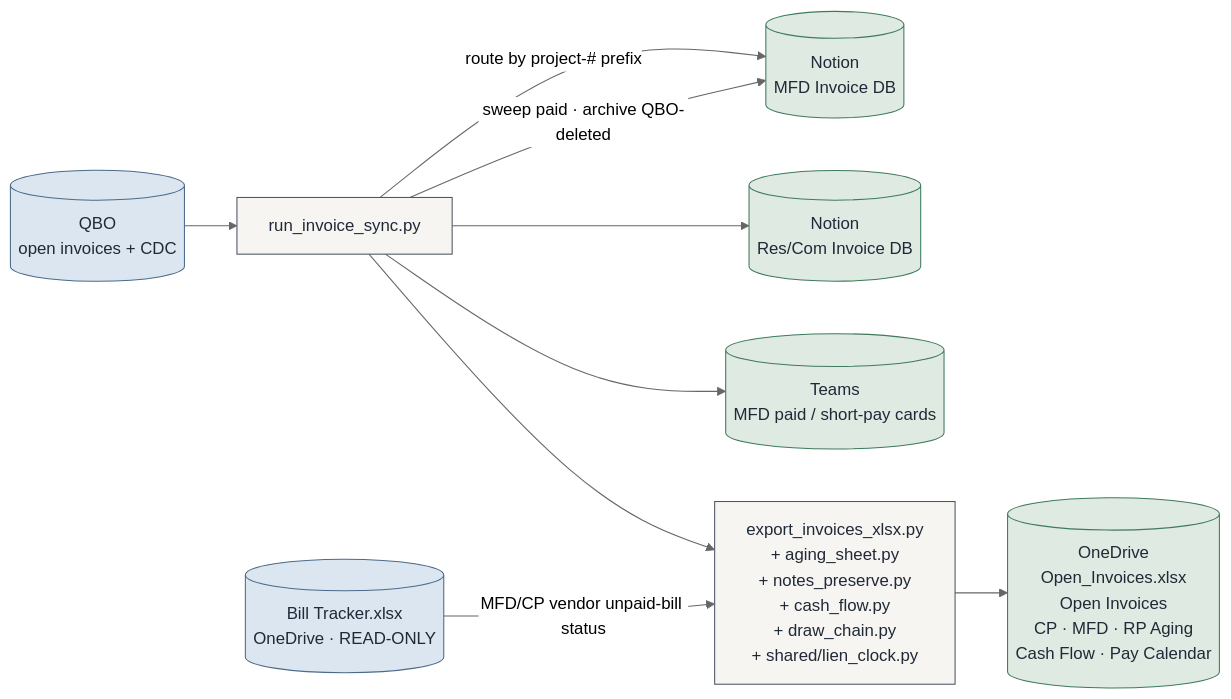
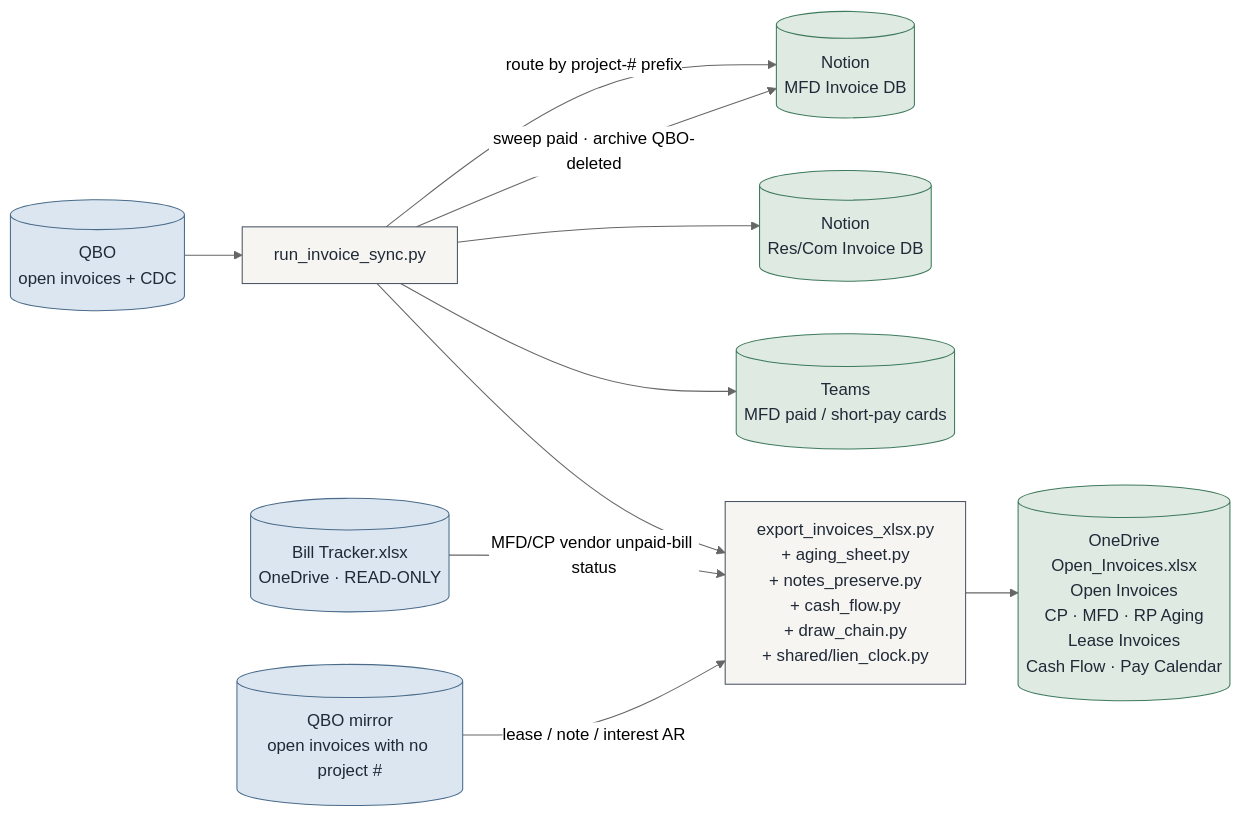
One commit to Ecarlo-Proficient/Claude-Report changed the second of 8 diagrams in docs/ARCHITECTURE.md. Above: the diagram before and after it, drawn with Mermaid (neutral theme). The commit also changed other lines of this file and 7 other files, not shown here.

Commit message:
invoice-sync: aging tabs show one Aging column, client -> invoices (JPI on MFD keeps project rows), lien columns last; new Lease Invoices tab from the QBO mirror; first sheet pinned by a test

````diff
--- a/docs/ARCHITECTURE.md
+++ b/docs/ARCHITECTURE.md
@@ -138,23 +138,25 @@
 ```mermaid
 flowchart LR
     classDef src fill:#dbe6f0,stroke:#4A6B8A,color:#1f2937
     classDef tool fill:#f6f5f1,stroke:#4b5563,color:#1f2937
     classDef out fill:#dfeae2,stroke:#3E7A5C,color:#1f2937
 
     QBO[("QBO\nopen invoices + CDC")]:::src
     SYNC["run_invoice_sync.py"]:::tool
     MFD[("Notion\nMFD Invoice DB")]:::out
     RES[("Notion\nRes/Com Invoice DB")]:::out
     TEAMS[("Teams\nMFD paid / short-pay cards")]:::out
     XL["export_invoices_xlsx.py\n+ aging_sheet.py\n+ notes_preserve.py\n+ cash_flow.py\n+ draw_chain.py\n+ shared/lien_clock.py"]:::tool
     BTX[("Bill Tracker.xlsx\nOneDrive · READ-ONLY")]:::src
-    OD[("OneDrive\nOpen_Invoices.xlsx\nOpen Invoices\nCP · MFD · RP Aging\nCash Flow · Pay Calendar")]:::out
+    OD[("OneDrive\nOpen_Invoices.xlsx\nOpen Invoices\nCP · MFD · RP Aging\nLease Invoices\nCash Flow · Pay Calendar")]:::out
+    MIR[("QBO mirror\nopen invoices with no project #")]:::src
 
     QBO --> SYNC
     SYNC -- "route by project-# prefix" --> MFD
     SYNC --> RES
     SYNC -- "sweep paid · archive QBO-deleted" --> MFD
     SYNC --> TEAMS
     SYNC --> XL --> OD
     BTX -- "MFD/CP vendor unpaid-bill status" --> XL
+    MIR -- "lease / note / interest AR" --> XL
 ```
````
